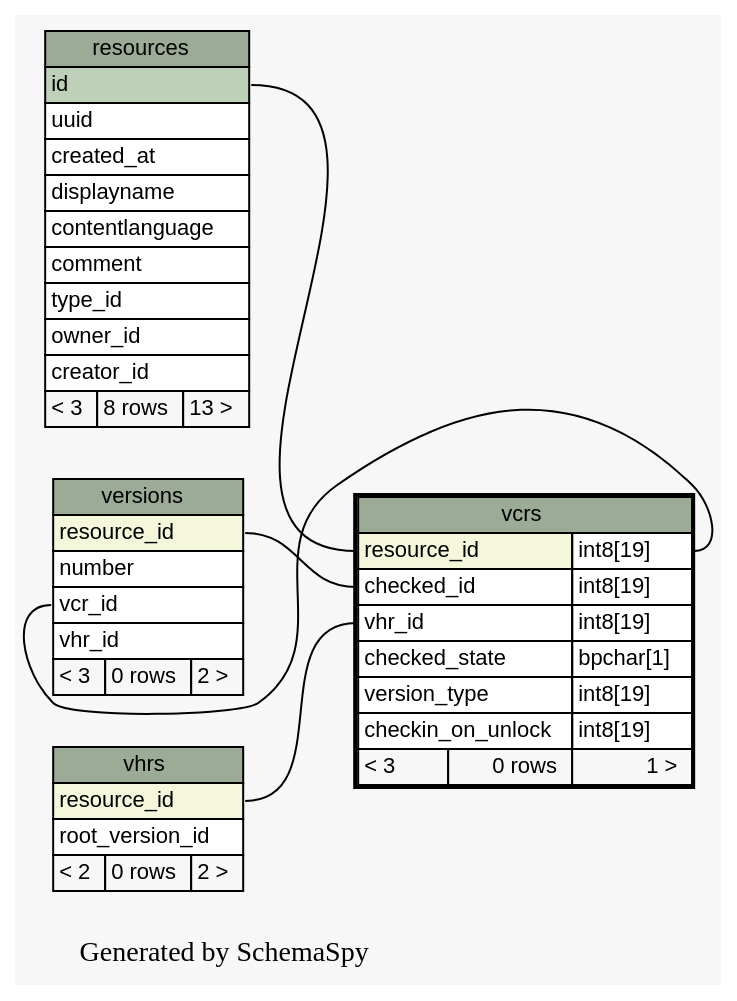
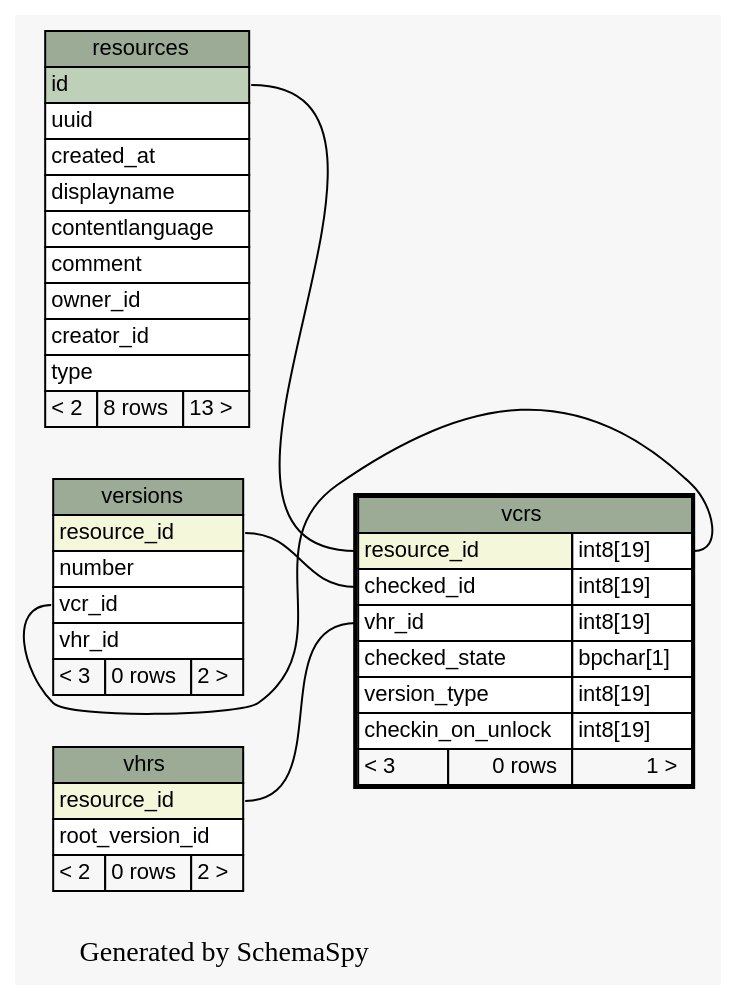
The diagram in limestone/doc/schemaSpy/graphs/vcrs.1degree.dot (tolsen/limestone), drawn with Graphviz before and after one commit. The commit also changed 151 other files, not shown here.

Commit message:
update schemaspy

```diff
--- a/limestone/doc/schemaSpy/graphs/vcrs.1degree.dot
+++ b/limestone/doc/schemaSpy/graphs/vcrs.1degree.dot
@@ -1,78 +1,78 @@
-// dot 2.16.1 on Linux 2.6.24-1-amd64
+// dot 2.20.2 on Linux 2.6.25-2-amd64
 digraph "oneDegreeRelationshipsGraph" {
   graph [
     rankdir="RL"
     bgcolor="#f7f7f7"
     label="\nGenerated by SchemaSpy"
     labeljust="l"
   ];
   node [
     fontname="Helvetica"
     fontsize="11"
     shape="plaintext"
   ];
   edge [
     arrowsize="0.8"
   ];
   "vcrs":"checked_id":w -> "versions":"resource_id":e [arrowtail=crowtee arrowhead=none];
   "vcrs":"resource_id":w -> "resources":"id":e [arrowtail=tee arrowhead=none];
   "vcrs":"vhr_id":w -> "vhrs":"resource_id":e [arrowtail=crowtee arrowhead=none];
   "versions":"vcr_id":w -> "vcrs":"resource_id.type":e [arrowtail=crowodot arrowhead=none];
   "resources" [
     label=<
     <TABLE BORDER="0" CELLBORDER="1" CELLSPACING="0" BGCOLOR="#ffffff">
       <TR><TD PORT="resources.heading" COLSPAN="3" BGCOLOR="#9bab96" ALIGN="CENTER">resources</TD></TR>
       <TR><TD PORT="id" COLSPAN="3" BGCOLOR="#bed1b8" ALIGN="LEFT">id</TD></TR>
       <TR><TD PORT="uuid" COLSPAN="3" ALIGN="LEFT">uuid</TD></TR>
       <TR><TD PORT="created_at" COLSPAN="3" ALIGN="LEFT">created_at</TD></TR>
       <TR><TD PORT="displayname" COLSPAN="3" ALIGN="LEFT">displayname</TD></TR>
       <TR><TD PORT="contentlanguage" COLSPAN="3" ALIGN="LEFT">contentlanguage</TD></TR>
       <TR><TD PORT="comment" COLSPAN="3" ALIGN="LEFT">comment</TD></TR>
-      <TR><TD PORT="type_id" COLSPAN="3" ALIGN="LEFT">type_id</TD></TR>
       <TR><TD PORT="owner_id" COLSPAN="3" ALIGN="LEFT">owner_id</TD></TR>
       <TR><TD PORT="creator_id" COLSPAN="3" ALIGN="LEFT">creator_id</TD></TR>
-      <TR><TD ALIGN="LEFT" BGCOLOR="#f7f7f7">&lt; 3</TD><TD ALIGN="RIGHT" BGCOLOR="#f7f7f7">8 rows</TD><TD ALIGN="RIGHT" BGCOLOR="#f7f7f7">13 &gt;</TD></TR>
+      <TR><TD PORT="type" COLSPAN="3" ALIGN="LEFT">type</TD></TR>
+      <TR><TD ALIGN="LEFT" BGCOLOR="#f7f7f7">&lt; 2</TD><TD ALIGN="RIGHT" BGCOLOR="#f7f7f7">8 rows</TD><TD ALIGN="RIGHT" BGCOLOR="#f7f7f7">13 &gt;</TD></TR>
     </TABLE>>
     URL="resources.html#graph"
     tooltip="resources"
   ];
   "vcrs" [
     label=<
     <TABLE BORDER="2" CELLBORDER="1" CELLSPACING="0" BGCOLOR="#ffffff">
       <TR><TD PORT="vcrs.heading" COLSPAN="3" BGCOLOR="#9bab96" ALIGN="CENTER">vcrs</TD></TR>
       <TR><TD PORT="resource_id" COLSPAN="2" BGCOLOR="#f4f7da" ALIGN="LEFT">resource_id</TD><TD PORT="resource_id.type" ALIGN="LEFT">int8[19]</TD></TR>
       <TR><TD PORT="checked_id" COLSPAN="2" ALIGN="LEFT">checked_id</TD><TD PORT="checked_id.type" ALIGN="LEFT">int8[19]</TD></TR>
       <TR><TD PORT="vhr_id" COLSPAN="2" ALIGN="LEFT">vhr_id</TD><TD PORT="vhr_id.type" ALIGN="LEFT">int8[19]</TD></TR>
       <TR><TD PORT="checked_state" COLSPAN="2" ALIGN="LEFT">checked_state</TD><TD PORT="checked_state.type" ALIGN="LEFT">bpchar[1]</TD></TR>
       <TR><TD PORT="version_type" COLSPAN="2" ALIGN="LEFT">version_type</TD><TD PORT="version_type.type" ALIGN="LEFT">int8[19]</TD></TR>
       <TR><TD PORT="checkin_on_unlock" COLSPAN="2" ALIGN="LEFT">checkin_on_unlock</TD><TD PORT="checkin_on_unlock.type" ALIGN="LEFT">int8[19]</TD></TR>
       <TR><TD ALIGN="LEFT" BGCOLOR="#f7f7f7">&lt; 3</TD><TD ALIGN="RIGHT" BGCOLOR="#f7f7f7">0 rows</TD><TD ALIGN="RIGHT" BGCOLOR="#f7f7f7">1 &gt;</TD></TR>
     </TABLE>>
     URL="vcrs.html#"
     tooltip="vcrs"
   ];
   "versions" [
     label=<
     <TABLE BORDER="0" CELLBORDER="1" CELLSPACING="0" BGCOLOR="#ffffff">
       <TR><TD PORT="versions.heading" COLSPAN="3" BGCOLOR="#9bab96" ALIGN="CENTER">versions</TD></TR>
       <TR><TD PORT="resource_id" COLSPAN="3" BGCOLOR="#f4f7da" ALIGN="LEFT">resource_id</TD></TR>
       <TR><TD PORT="number" COLSPAN="3" ALIGN="LEFT">number</TD></TR>
       <TR><TD PORT="vcr_id" COLSPAN="3" ALIGN="LEFT">vcr_id</TD></TR>
       <TR><TD PORT="vhr_id" COLSPAN="3" ALIGN="LEFT">vhr_id</TD></TR>
       <TR><TD ALIGN="LEFT" BGCOLOR="#f7f7f7">&lt; 3</TD><TD ALIGN="RIGHT" BGCOLOR="#f7f7f7">0 rows</TD><TD ALIGN="RIGHT" BGCOLOR="#f7f7f7">2 &gt;</TD></TR>
     </TABLE>>
     URL="versions.html#graph"
     tooltip="versions"
   ];
   "vhrs" [
     label=<
     <TABLE BORDER="0" CELLBORDER="1" CELLSPACING="0" BGCOLOR="#ffffff">
       <TR><TD PORT="vhrs.heading" COLSPAN="3" BGCOLOR="#9bab96" ALIGN="CENTER">vhrs</TD></TR>
       <TR><TD PORT="resource_id" COLSPAN="3" BGCOLOR="#f4f7da" ALIGN="LEFT">resource_id</TD></TR>
       <TR><TD PORT="root_version_id" COLSPAN="3" ALIGN="LEFT">root_version_id</TD></TR>
       <TR><TD ALIGN="LEFT" BGCOLOR="#f7f7f7">&lt; 2</TD><TD ALIGN="RIGHT" BGCOLOR="#f7f7f7">0 rows</TD><TD ALIGN="RIGHT" BGCOLOR="#f7f7f7">2 &gt;</TD></TR>
     </TABLE>>
     URL="vhrs.html#graph"
     tooltip="vhrs"
   ];
 }
```
